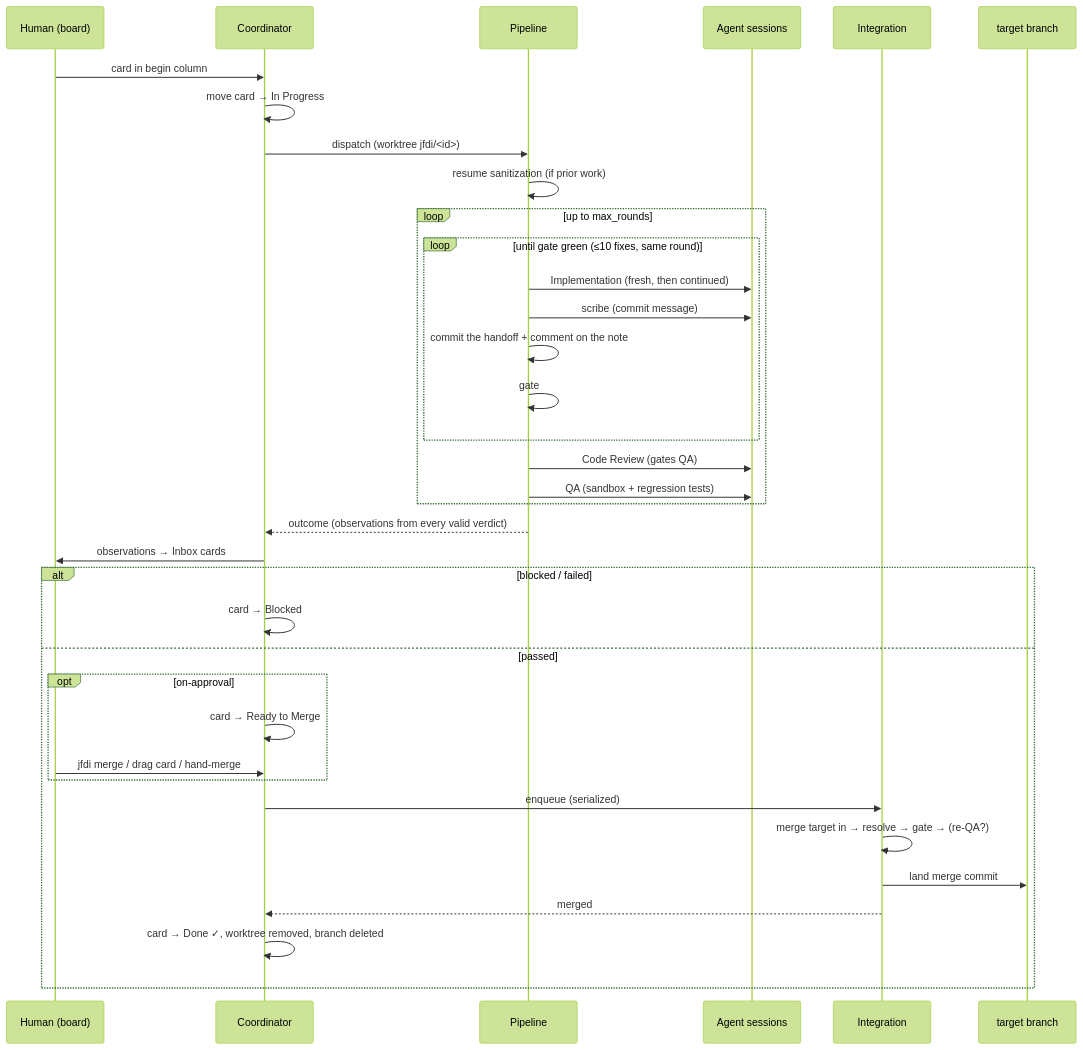
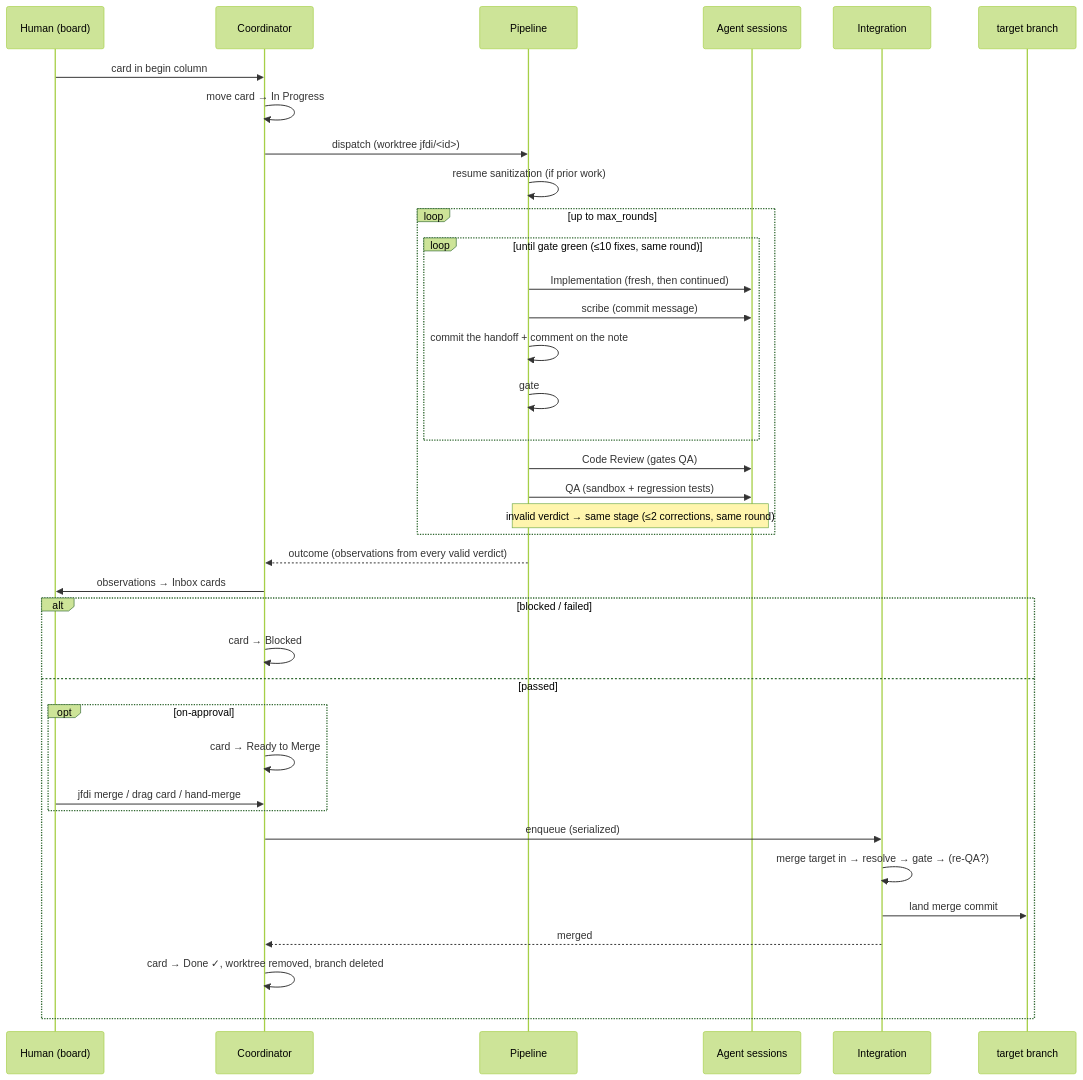
Before and after one commit to rdaruszka/jfdi: the second of 2 diagrams in docs/architecture/overview.md, drawn with Mermaid (forest theme). The commit also changed other lines of this file and 6 other files, not shown here.

First line of the commit message:
verdict-salvage-feedback: Implementation round 1

````diff
--- a/docs/architecture/overview.md
+++ b/docs/architecture/overview.md
@@ -126,39 +128,40 @@
 ```mermaid
 sequenceDiagram
     participant H as Human (board)
     participant C as Coordinator
     participant P as Pipeline
     participant A as Agent sessions
     participant I as Integration
     participant G as target branch
 
     H->>C: card in begin column
     C->>C: move card → In Progress
     C->>P: dispatch (worktree jfdi/<id>)
     P->>P: resume sanitization (if prior work)
     loop up to max_rounds
         loop until gate green (≤10 fixes, same round)
             P->>A: Implementation (fresh, then continued)
             P->>A: scribe (commit message)
             P->>P: commit the handoff + comment on the note
             P->>P: gate
         end
         P->>A: Code Review (gates QA)
         P->>A: QA (sandbox + regression tests)
+        Note over P,A: invalid verdict → same stage (≤2 corrections, same round)
     end
     P-->>C: outcome (observations from every valid verdict)
     C->>H: observations → Inbox cards
     alt blocked / failed
         C->>C: card → Blocked
     else passed
         opt on-approval
             C->>C: card → Ready to Merge
             H->>C: jfdi merge / drag card / hand-merge
         end
         C->>I: enqueue (serialized)
         I->>I: merge target in → resolve → gate → (re-QA?)
         I->>G: land merge commit
         I-->>C: merged
         C->>C: card → Done ✓, worktree removed, branch deleted
     end
 ```
````
